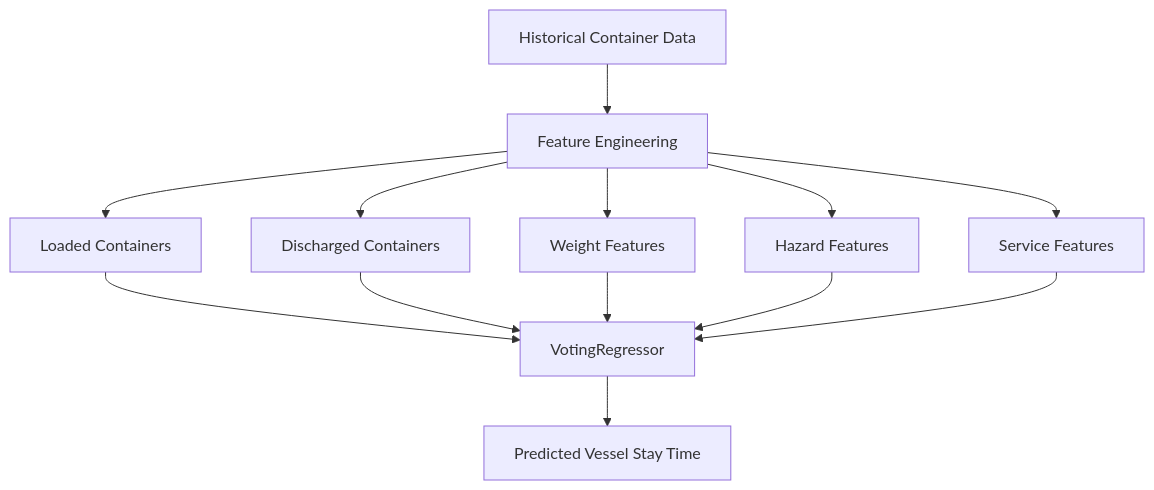
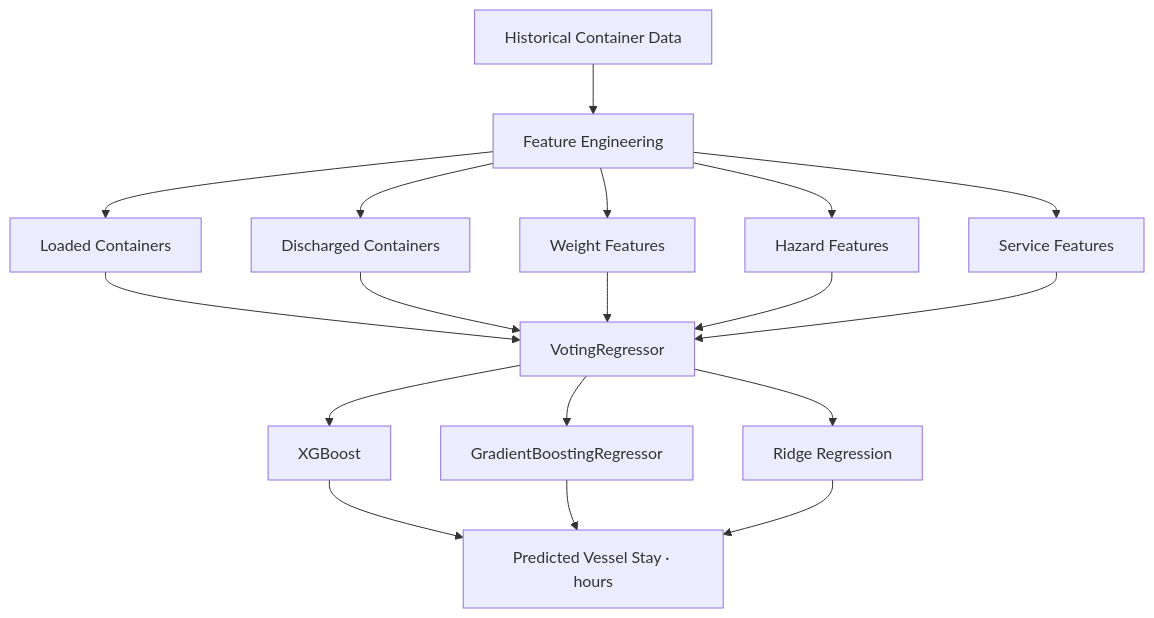
The fifth of 8 diagrams in README.md (SHATHISH-07/port-system), drawn with Mermaid before and after one commit. The commit also changed other lines of this file, not shown here.

````diff
--- a/README.md
+++ b/README.md
@@ -471,18 +403,24 @@
 ```mermaid
 graph TD
     A[Historical Container Data] --> B[Feature Engineering]
 
     B --> C[Loaded Containers]
     B --> D[Discharged Containers]
     B --> E[Weight Features]
     B --> F[Hazard Features]
     B --> G[Service Features]
 
     C --> H[VotingRegressor]
     D --> H
     E --> H
     F --> H
     G --> H
 
-    H --> I[Predicted Vessel Stay Time]
+    H --> I[XGBoost]
+    H --> J[GradientBoostingRegressor]
+    H --> K[Ridge Regression]
+
+    I --> L[Predicted Vessel Stay · hours]
+    J --> L
+    K --> L
 ```
````
